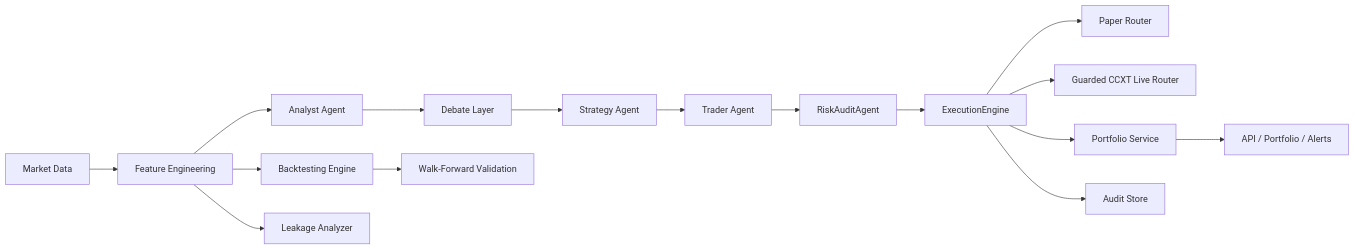
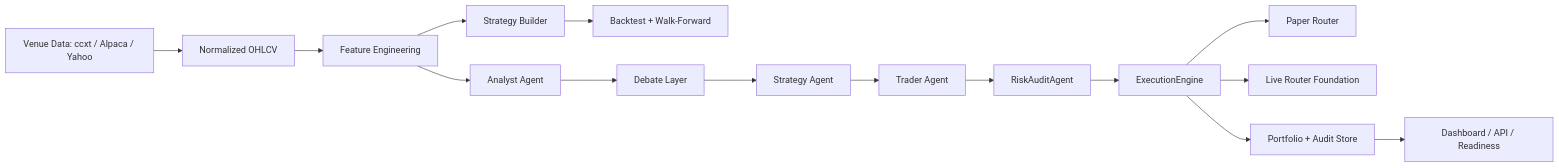
Before and after one commit to NANIEXISTS/pepper: the diagram in README.md, drawn with Mermaid. The commit also changed other lines of this file and 31 other files, not shown here.

Commit message:
Add venue expansion strategy builder and readiness docs

````diff
--- a/README.md
+++ b/README.md
@@ -55,18 +73,17 @@
 ```mermaid
 flowchart LR
-    A["Market Data"] --> B["Feature Engineering"]
-    B --> C["Analyst Agent"]
-    C --> D["Debate Layer"]
-    D --> E["Strategy Agent"]
-    E --> F["Trader Agent"]
-    F --> G["RiskAuditAgent"]
-    G --> H["ExecutionEngine"]
-    H --> I["Paper Router"]
-    H --> J["Guarded CCXT Live Router"]
-    H --> K["Portfolio Service"]
-    H --> L["Audit Store"]
-    K --> M["API / Portfolio / Alerts"]
-    B --> N["Backtesting Engine"]
-    N --> O["Walk-Forward Validation"]
-    B --> P["Leakage Analyzer"]
+    A["Venue Data: ccxt / Alpaca / Yahoo"] --> B["Normalized OHLCV"]
+    B --> C["Feature Engineering"]
+    C --> D["Strategy Builder"]
+    D --> E["Backtest + Walk-Forward"]
+    C --> F["Analyst Agent"]
+    F --> G["Debate Layer"]
+    G --> H["Strategy Agent"]
+    H --> I["Trader Agent"]
+    I --> J["RiskAuditAgent"]
+    J --> K["ExecutionEngine"]
+    K --> L["Paper Router"]
+    K --> M["Live Router Foundation"]
+    K --> N["Portfolio + Audit Store"]
+    N --> O["Dashboard / API / Readiness"]
 ```
````
